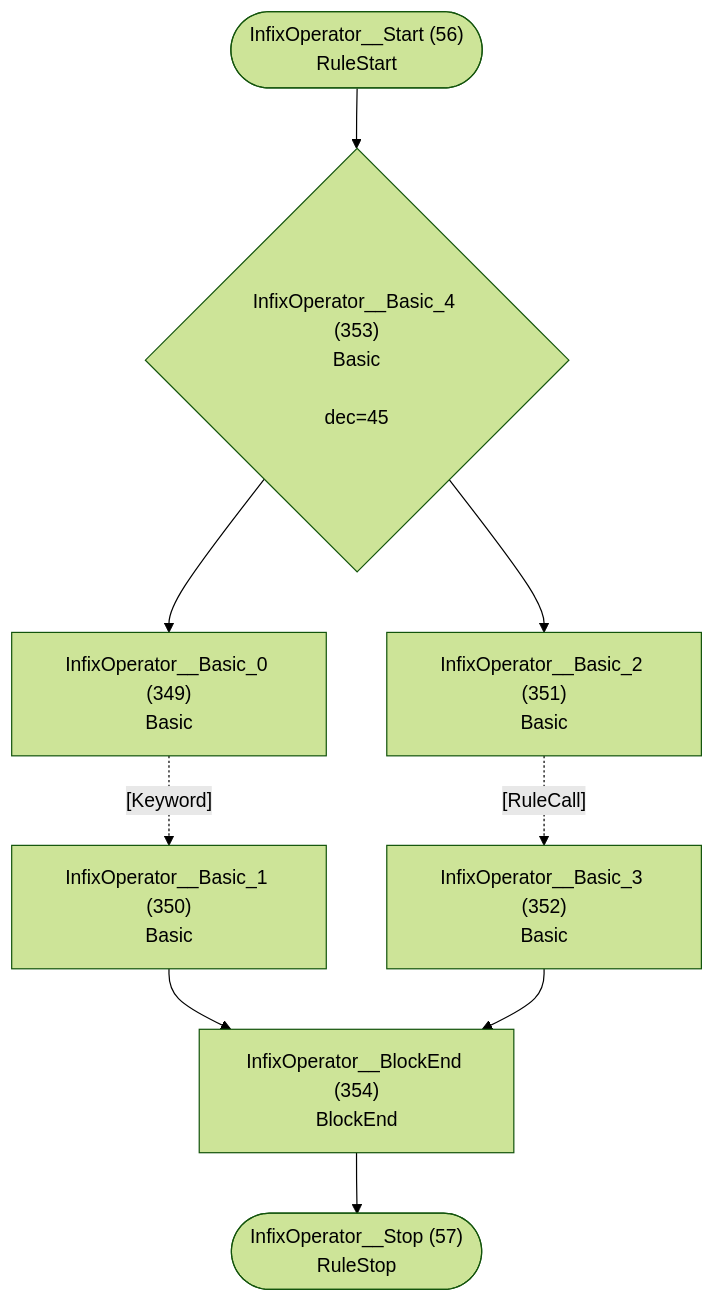
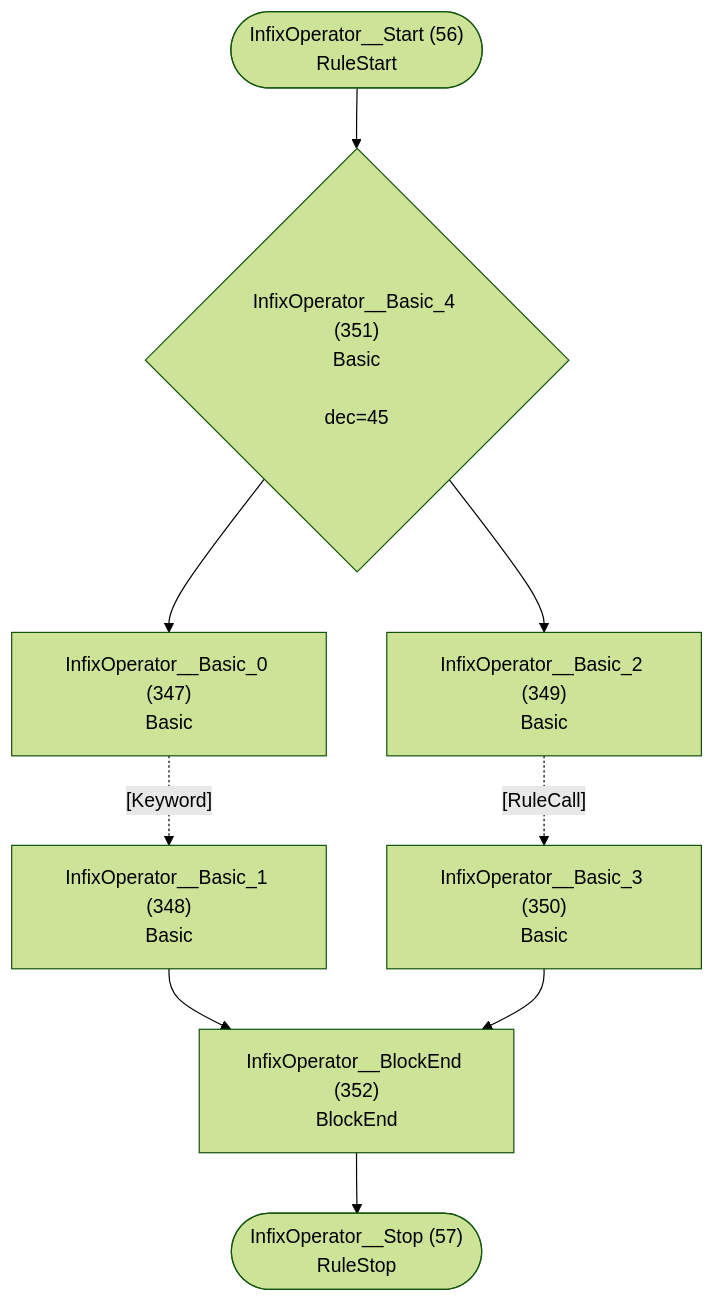
Diagram 29 of 29 in internal/grammar/atn.md (TypeFox/fastbelt), drawn with Mermaid (forest theme) before and after one commit. The commit also changed other lines of this file and 21 other files, not shown here.

````diff
--- a/internal/grammar/atn.md
+++ b/internal/grammar/atn.md
@@ -930,20 +926,20 @@
 ```mermaid
 flowchart TD
     q56(["InfixOperator__Start (56)<br/>RuleStart"])
     q57(["InfixOperator__Stop (57)<br/>RuleStop"])
-    q349["InfixOperator__Basic_0 (349)<br/>Basic<br/>"]
-    q350["InfixOperator__Basic_1 (350)<br/>Basic<br/>"]
-    q351["InfixOperator__Basic_2 (351)<br/>Basic<br/>"]
-    q352["InfixOperator__Basic_3 (352)<br/>Basic<br/>"]
-    q353{"InfixOperator__Basic_4 (353)<br/>Basic<br/><br/>dec=45"}
-    q354["InfixOperator__BlockEnd (354)<br/>BlockEnd<br/>"]
+    q347["InfixOperator__Basic_0 (347)<br/>Basic<br/>"]
+    q348["InfixOperator__Basic_1 (348)<br/>Basic<br/>"]
+    q349["InfixOperator__Basic_2 (349)<br/>Basic<br/>"]
+    q350["InfixOperator__Basic_3 (350)<br/>Basic<br/>"]
+    q351{"InfixOperator__Basic_4 (351)<br/>Basic<br/><br/>dec=45"}
+    q352["InfixOperator__BlockEnd (352)<br/>BlockEnd<br/>"]
 
-    q56 --> q353
-    q349 -.->|"[Keyword]"| q350
-    q350 --> q354
-    q351 -.->|"[RuleCall]"| q352
-    q352 --> q354
-    q353 --> q349
-    q353 --> q351
-    q354 --> q57
+    q56 --> q351
+    q347 -.->|"[Keyword]"| q348
+    q348 --> q352
+    q349 -.->|"[RuleCall]"| q350
+    q350 --> q352
+    q351 --> q347
+    q351 --> q349
+    q352 --> q57
 ```
````
